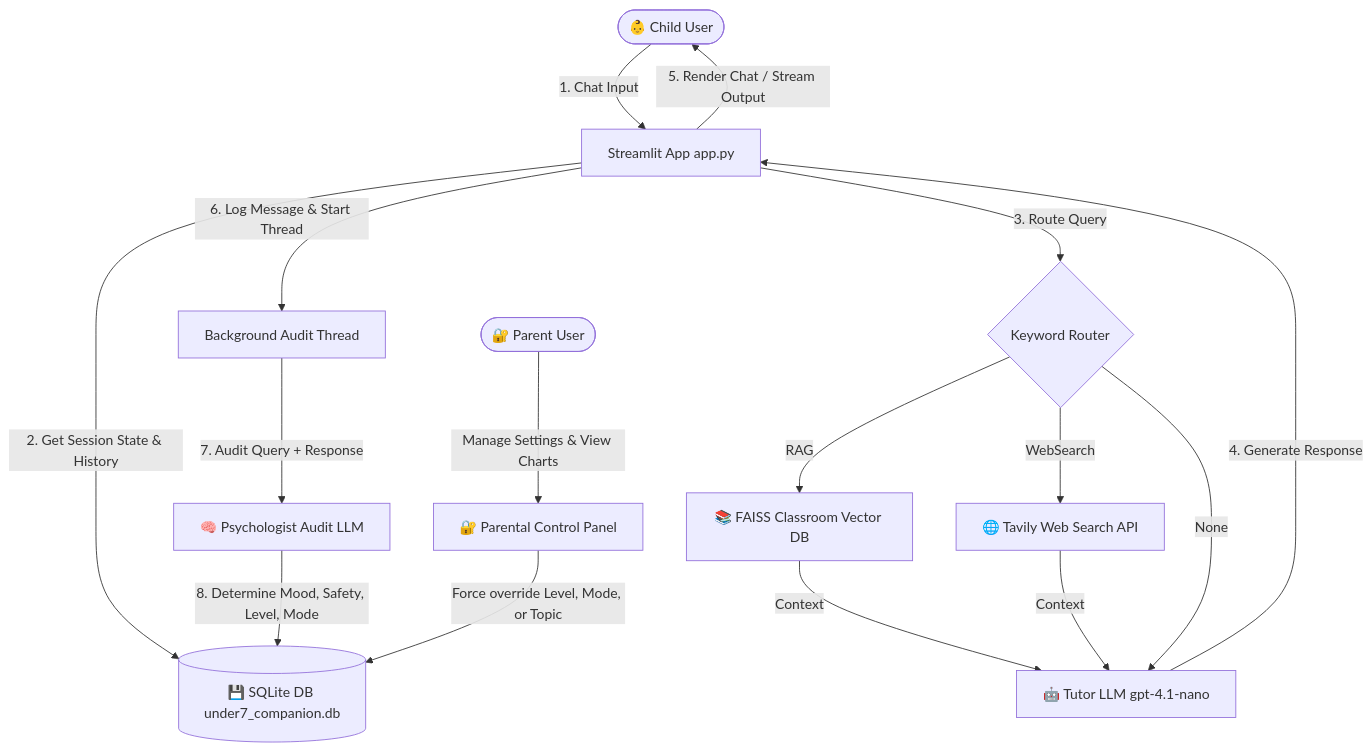
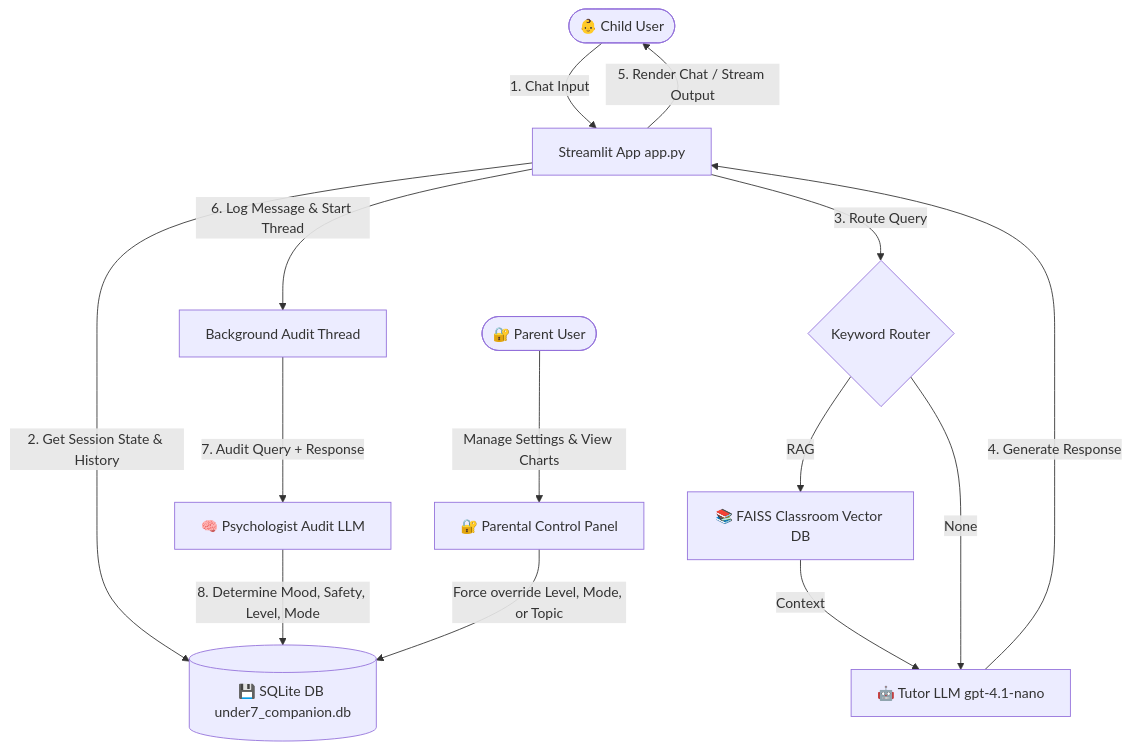
Before and after one commit to Saibhossain/under-7-chatbot: the diagram in full_protopype/user_manual.md, drawn with Mermaid. The commit also changed other lines of this file and 3 other files, not shown here.

Commit message:
chore: remove web search tool entirely

````diff
--- a/full_protopype/user_manual.md
+++ b/full_protopype/user_manual.md
@@ -13,32 +13,30 @@
 ```mermaid
 graph TD
     %% Entities
     Child([👶 Child User])
     Parent([🔐 Parent User])
     DB[(💾 SQLite DB under7_companion.db)]
     TutorLLM[🤖 Tutor LLM gpt-4.1-nano]
     AuditLLM[🧠 Psychologist Audit LLM]
     FAISS[📚 FAISS Classroom Vector DB]
-    Tavily[🌐 Tavily Web Search API]
     
     %% Real-time Flow
     Child -->|1. Chat Input| App[Streamlit App app.py]
     App -->|2. Get Session State & History| DB
     App -->|3. Route Query| Router{Keyword Router}
     
     Router -->|RAG| FAISS -->|Context| TutorLLM
-    Router -->|WebSearch| Tavily -->|Context| TutorLLM
     Router -->|None| TutorLLM
     
     TutorLLM -->|4. Generate Response| App
     App -->|5. Render Chat / Stream Output| Child
     
     %% Background Flow
     App -->|6. Log Message & Start Thread| BackgroundThread[Background Audit Thread]
     BackgroundThread -->|7. Audit Query + Response| AuditLLM
     AuditLLM -->|8. Determine Mood, Safety, Level, Mode| DB
     
     %% Parental Dashboard Control Flow
     Parent -->|Manage Settings & View Charts| ControlPanel[🔐 Parental Control Panel]
     ControlPanel -->|Force override Level, Mode, or Topic| DB
 ```
````
